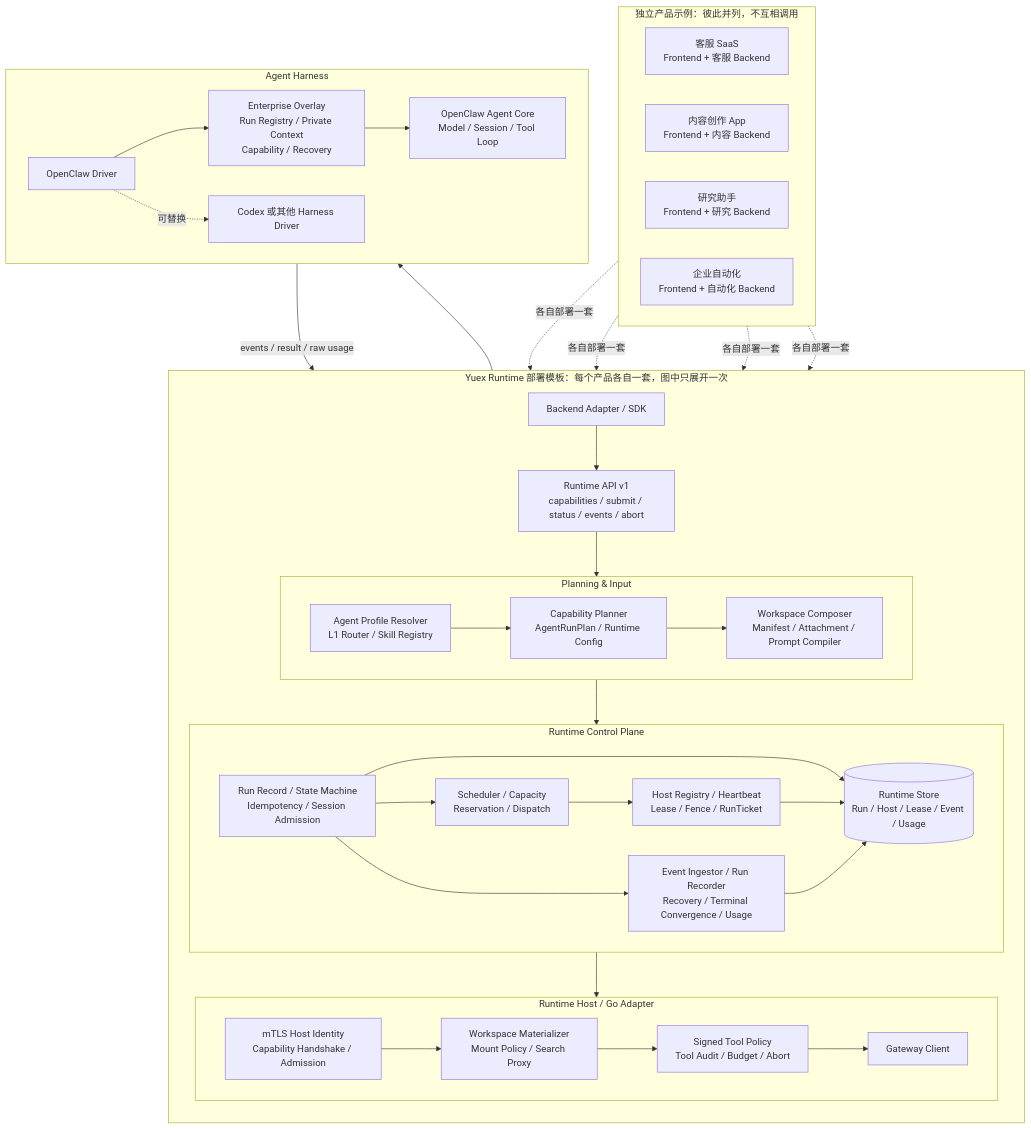
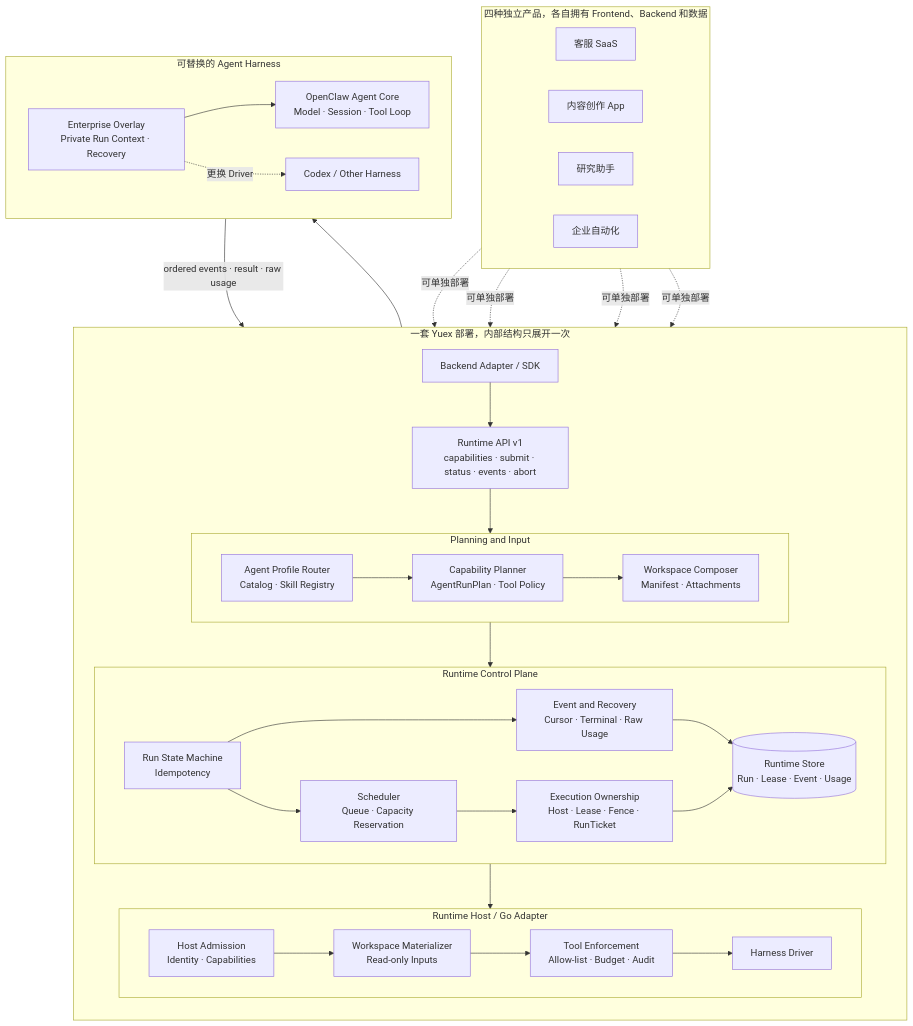
One commit to YMX899/Yuex changed the first of 3 diagrams in README.md. Above: the diagram before and after it, drawn with Mermaid. The commit also changed other lines of this file and 8 other files, not shown here.

Commit message:
docs: explain backend integration and workspace assembly

````diff
--- a/README.md
+++ b/README.md
@@ -17,69 +15,63 @@
 ```mermaid
 flowchart TB
-    subgraph Products[独立产品示例：彼此并列，不互相调用]
+    subgraph PRODUCTS[四种独立产品，各自拥有 Frontend、Backend 和数据]
         direction LR
-        P1[客服 SaaS<br/>Frontend + 客服 Backend]
-        P2[内容创作 App<br/>Frontend + 内容 Backend]
-        P3[研究助手<br/>Frontend + 研究 Backend]
-        P4[企业自动化<br/>Frontend + 自动化 Backend]
+        P1[客服 SaaS]
+        P2[内容创作 App]
+        P3[研究助手]
+        P4[企业自动化]
     end
 
-    P1 -. 各自部署一套 .-> ENTRY
-    P2 -. 各自部署一套 .-> ENTRY
-    P3 -. 各自部署一套 .-> ENTRY
-    P4 -. 各自部署一套 .-> ENTRY
+    P1 -. 可单独部署 .-> ENTRY
+    P2 -. 可单独部署 .-> ENTRY
+    P3 -. 可单独部署 .-> ENTRY
+    P4 -. 可单独部署 .-> ENTRY
 
-    subgraph Yuex[Yuex Runtime 部署模板：每个产品各自一套，图中只展开一次]
+    subgraph DEPLOYMENT[一套 Yuex 部署，内部结构只展开一次]
         direction TB
+        ENTRY[Backend Adapter / SDK]
+        API[Runtime API v1<br/>capabilities · submit · status · events · abort]
 
-        ENTRY[Backend Adapter / SDK]
-        API[Runtime API v1<br/>capabilities / submit / status / events / abort]
-
-        subgraph Planning[Planning & Input]
+        subgraph PREPARE[Planning and Input]
             direction LR
-            CATALOG[Agent Profile Resolver<br/>L1 Router / Skill Registry]
-            PLAN[Capability Planner<br/>AgentRunPlan / Runtime Config]
-            WORKSPACE[Workspace Composer<br/>Manifest / Attachment / Prompt Compiler]
+            ROUTER[Agent Profile Router<br/>Catalog · Skill Registry]
+            PLANNER[Capability Planner<br/>AgentRunPlan · Tool Policy]
+            COMPOSER[Workspace Composer<br/>Manifest · Attachments]
         end
 
-        subgraph Control[Runtime Control Plane]
+        subgraph CONTROL[Runtime Control Plane]
             direction LR
-            RUN[Run Record / State Machine<br/>Idempotency / Session Admission]
-            SCHED[Scheduler / Capacity<br/>Reservation / Dispatch]
-            OWNER[Host Registry / Heartbeat<br/>Lease / Fence / RunTicket]
-            EVENTS[Event Ingestor / Run Recorder<br/>Recovery / Terminal Convergence / Usage]
-            STORE[(Runtime Store<br/>Run / Host / Lease / Event / Usage)]
+            RUN[Run State Machine<br/>Idempotency]
+            QUEUE[Scheduler<br/>Queue · Capacity Reservation]
+            OWNER[Execution Ownership<br/>Host · Lease · Fence · RunTicket]
+            EVENT[Event and Recovery<br/>Cursor · Terminal · Raw Usage]
+            STORE[(Runtime Store<br/>Run · Lease · Event · Usage)]
         end
 
-        subgraph Host[Runtime Host / Go Adapter]
+        subgraph HOST[Runtime Host / Go Adapter]
             direction LR
-            ADMISSION[mTLS Host Identity<br/>Capability Handshake / Admission]
-            MATERIAL[Workspace Materializer<br/>Mount Policy / Search Proxy]
-            POLICY[Signed Tool Policy<br/>Tool Audit / Budget / Abort]
-            GATEWAY[Gateway Client]
+            ADMISSION[Host Admission<br/>Identity · Capabilities]
+            MATERIALIZE[Workspace Materializer<br/>Read-only Inputs]
+            POLICY[Tool Enforcement<br/>Allow-list · Budget · Audit]
+            DRIVER[Harness Driver]
         end
 
-        ENTRY --> API
-        API --> CATALOG --> PLAN --> WORKSPACE --> RUN
-        RUN --> SCHED --> OWNER --> ADMISSION
-        RUN --> EVENTS
-        RUN --> STORE
+        ENTRY --> API --> ROUTER --> PLANNER --> COMPOSER --> RUN
+        RUN --> QUEUE --> OWNER --> ADMISSION
+        RUN --> EVENT --> STORE
         OWNER --> STORE
-        EVENTS --> STORE
-        ADMISSION --> MATERIAL --> POLICY --> GATEWAY
+        ADMISSION --> MATERIALIZE --> POLICY --> DRIVER
     end
 
-    subgraph Harness[Agent Harness]
+    subgraph HARNESS[可替换的 Agent Harness]
         direction LR
-        DRIVER[OpenClaw Driver]
-        OVERLAY[Enterprise Overlay<br/>Run Registry / Private Context<br/>Capability / Recovery]
-        CORE[OpenClaw Agent Core<br/>Model / Session / Tool Loop]
-        CODEX[Codex 或其他 Harness Driver]
-
-        DRIVER --> OVERLAY --> CORE
-        DRIVER -. 可替换 .-> CODEX
+        OVERLAY[Enterprise Overlay<br/>Private Run Context · Recovery]
+        OPENCLAW[OpenClaw Agent Core<br/>Model · Session · Tool Loop]
+        OTHER[Codex / Other Harness]
+        OVERLAY --> OPENCLAW
+        OVERLAY -. 更换 Driver .-> OTHER
     end
 
-    GATEWAY --> DRIVER
-    CORE -->|events / result / raw usage| EVENTS
+    DRIVER --> OVERLAY
+    OPENCLAW -->|ordered events · result · raw usage| EVENT
 ```
````
